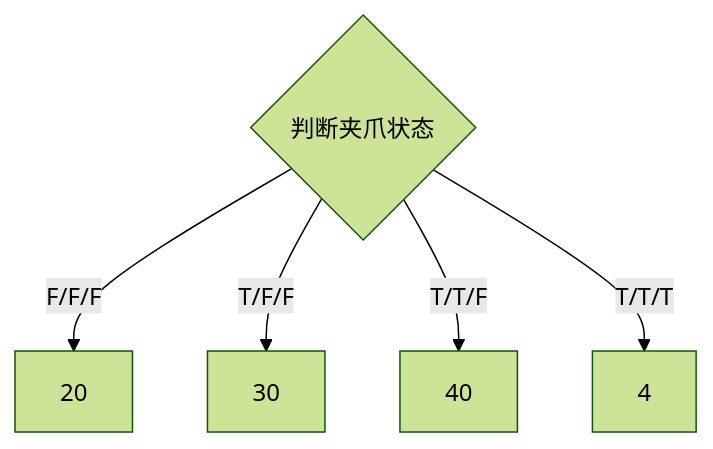
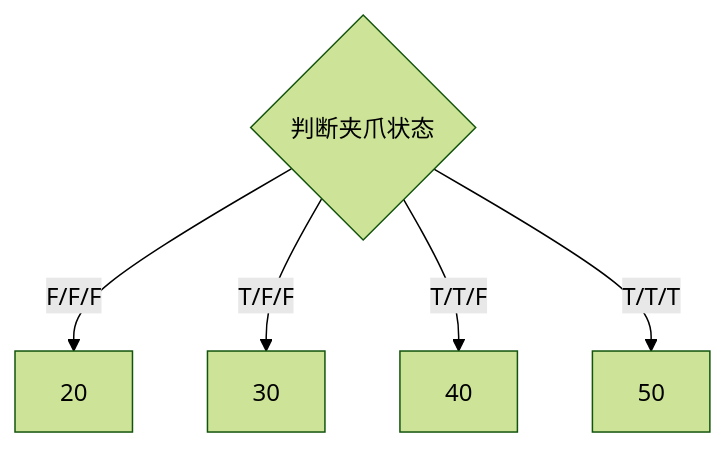
Before and after one commit to zmq000/iodraw-files: the diagram in all/未命名.md, drawn with Mermaid (forest theme).

Commit message:
2026-06-18 11:49:35 update

````diff
--- a/all/未命名.md
+++ b/all/未命名.md
@@ -1,7 +1,9 @@
 ```mermaid
 graph TD
 10{判断夹爪状态}-->|F/F/F|20
 10-->|T/F/F|30
 10-->|T/T/F|40
-10-->|T/T/T|4
+10-->|T/T/T|50
+
+20
 ```
````
